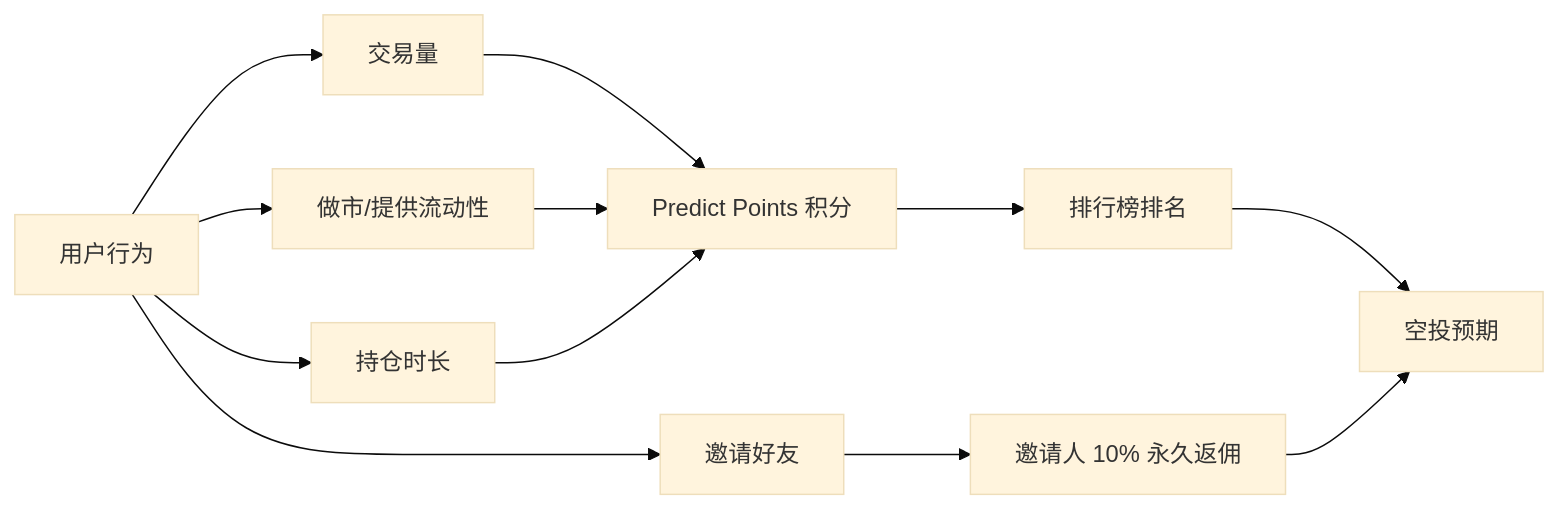
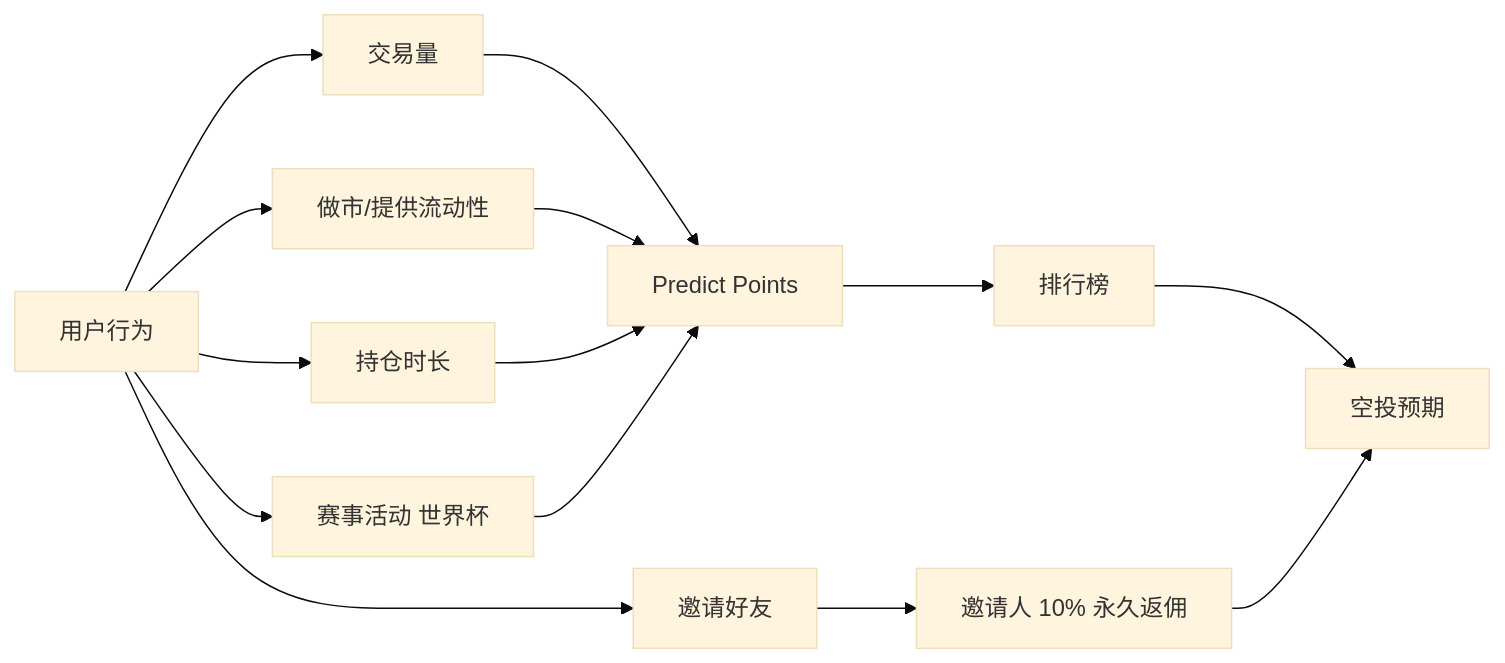
Before and after one commit to survivorff/predictfun_design: diagram 12 of 13 in research/04_user_experience/analysis.md, drawn with Mermaid (base theme). The commit also changed other lines of this file and 11 other files, not shown here.

````diff
--- a/research/04_user_experience/analysis.md
+++ b/research/04_user_experience/analysis.md
@@ -165,14 +235,16 @@
 ```mermaid
 flowchart LR
     A[用户行为] --> B[交易量]
     A --> C[做市/提供流动性]
     A --> D[持仓时长]
     A --> E[邀请好友]
-    B --> PP[Predict Points 积分]
+    A --> F[赛事活动 世界杯]
+    B --> PP[Predict Points]
     C --> PP
     D --> PP
+    F --> PP
     E --> R[邀请人 10% 永久返佣]
-    PP --> LB[排行榜排名]
+    PP --> LB[排行榜]
     LB --> AIR[空投预期]
     R --> AIR
 ```
````
